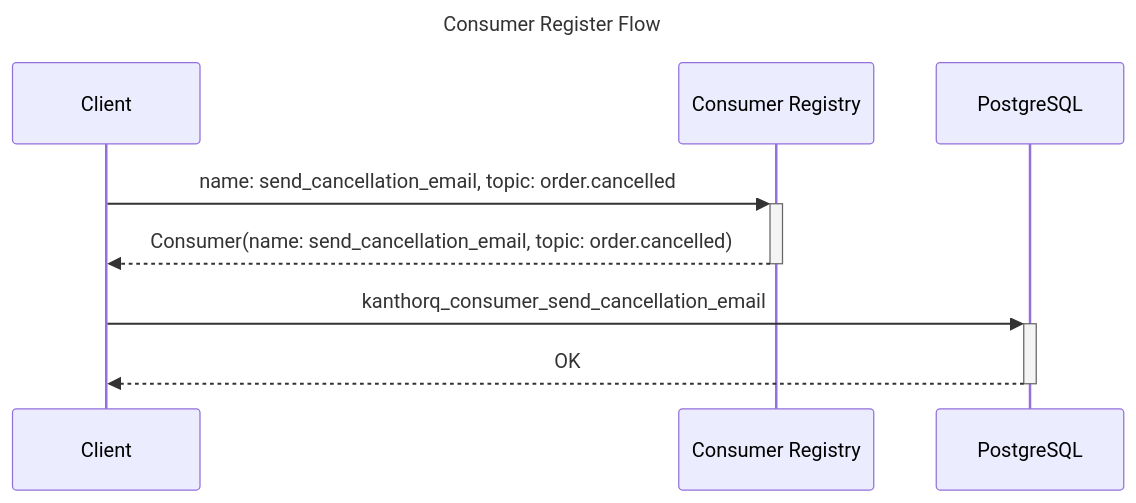
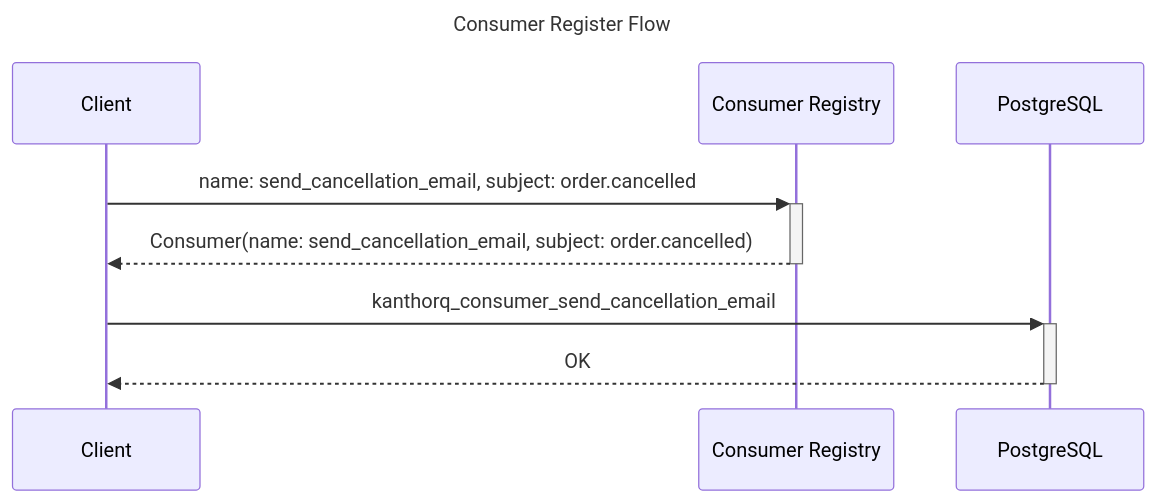
The second of 3 diagrams in website/docs/002-concepts/006-consumer.md (kanthorlabs/kanthorq), drawn with Mermaid before and after one commit. The commit also changed other lines of this file and 66 other files, not shown here.

````diff
--- a/website/docs/002-concepts/006-consumer.md
+++ b/website/docs/002-concepts/006-consumer.md
@@ -28,11 +28,11 @@
 ```mermaid
 ---
 title: Consumer Register Flow
 ---
 sequenceDiagram
-  Client ->> +Consumer Registry: name: send_cancellation_email, topic: order.cancelled
-  Consumer Registry -->> -Client: Consumer(name: send_cancellation_email, topic: order.cancelled)
+  Client ->> +Consumer Registry: name: send_cancellation_email, subject: order.cancelled
+  Consumer Registry -->> -Client: Consumer(name: send_cancellation_email, subject: order.cancelled)
 
   Client ->> +PostgreSQL: kanthorq_consumer_send_cancellation_email
   PostgreSQL -->> -Client: OK
 ```
````
